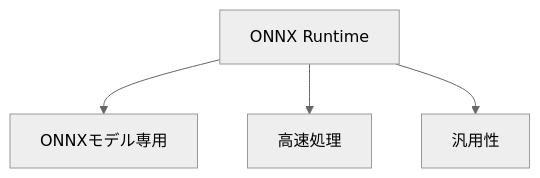
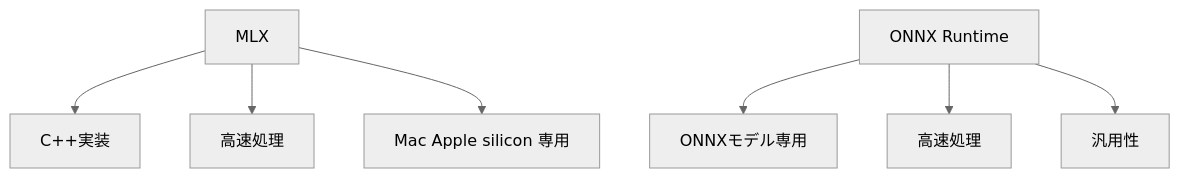
One commit to SparklingDetergent/doc_genai_About_the_local_LLM_operating_environment changed the seventh of 11 diagrams in README.md. Above: the diagram before and after it, drawn with Mermaid (neutral theme). The commit also changed other lines of this file, not shown here.

````diff
--- a/README.md
+++ b/README.md
@@ -152,8 +157,13 @@
 ```mermaid
 graph TD
+    E[MLX]
     D[ONNX Runtime]
     
+    E --> E1[C++実装]
+    E --> E2[高速処理]
+    E --> E3[Mac Apple silicon 専用]
+
     D --> D1[ONNXモデル専用]
     D --> D2[高速処理]
     D --> D3[汎用性]
 ```
````
